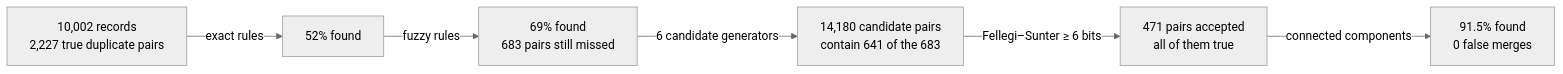
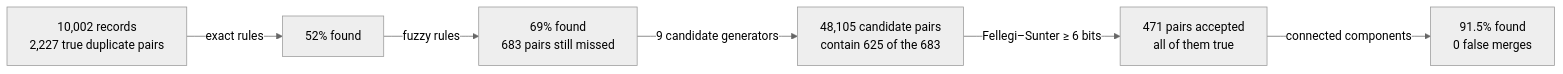
The diagram in README.md (mvsbm/entity_matching), drawn with Mermaid (neutral theme) before and after one commit. The commit also changed other lines of this file and 24 other files, not shown here.

````diff
--- a/README.md
+++ b/README.md
@@ -47,8 +47,8 @@
 ```mermaid
 flowchart LR
   A["10,002 records<br/>2,227 true duplicate pairs"] -->|"exact rules"| B["52% found"]
   B -->|"fuzzy rules"| C["69% found<br/>683 pairs still missed"]
-  C -->|"6 candidate generators"| D["14,180 candidate pairs<br/>contain 641 of the 683"]
+  C -->|"9 candidate generators"| D["48,105 candidate pairs<br/>contain 625 of the 683"]
   D -->|"Fellegi–Sunter ≥ 6 bits"| E["471 pairs accepted<br/>all of them true"]
   E -->|"connected components"| F["91.5% found<br/>0 false merges"]
 ```
````
